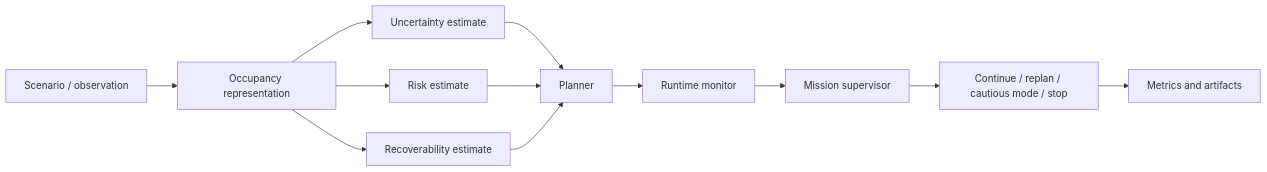
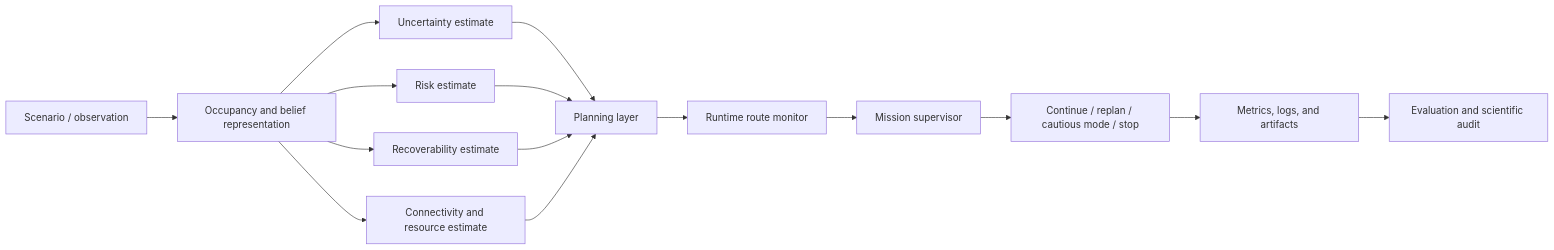
Before and after one commit to panagiotagrosdouli/DynNav: the diagram in README.md, drawn with Mermaid. The commit also changed other lines of this file, not shown here.

````diff
--- a/README.md
+++ b/README.md
@@ -60,14 +136,17 @@
 ```mermaid
 flowchart LR
-    O[Scenario / observation] --> B[Occupancy representation]
+    O[Scenario / observation] --> B[Occupancy and belief representation]
     B --> U[Uncertainty estimate]
     B --> R[Risk estimate]
     B --> G[Recoverability estimate]
-    U --> P[Planner]
+    B --> C[Connectivity and resource estimate]
+    U --> P[Planning layer]
     R --> P
     G --> P
-    P --> M[Runtime monitor]
+    C --> P
+    P --> M[Runtime route monitor]
     M --> S[Mission supervisor]
     S --> A[Continue / replan / cautious mode / stop]
-    A --> E[Metrics and artifacts]
+    A --> E[Metrics, logs, and artifacts]
+    E --> V[Evaluation and scientific audit]
 ```
````
